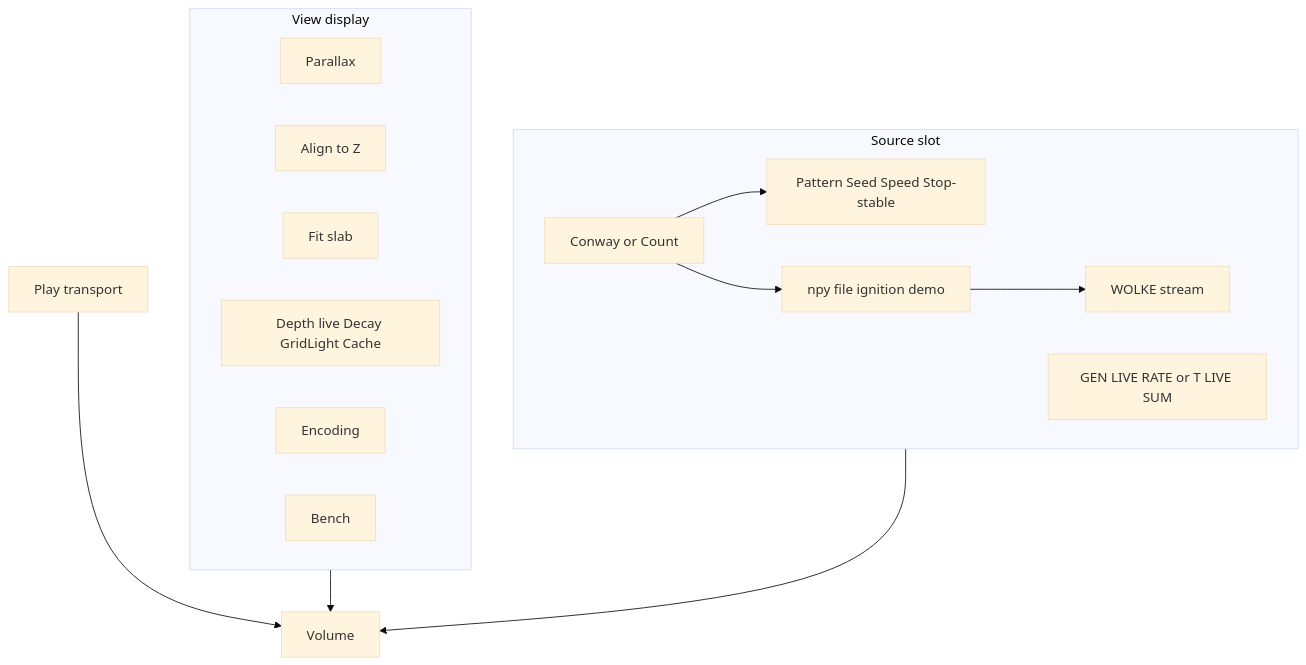
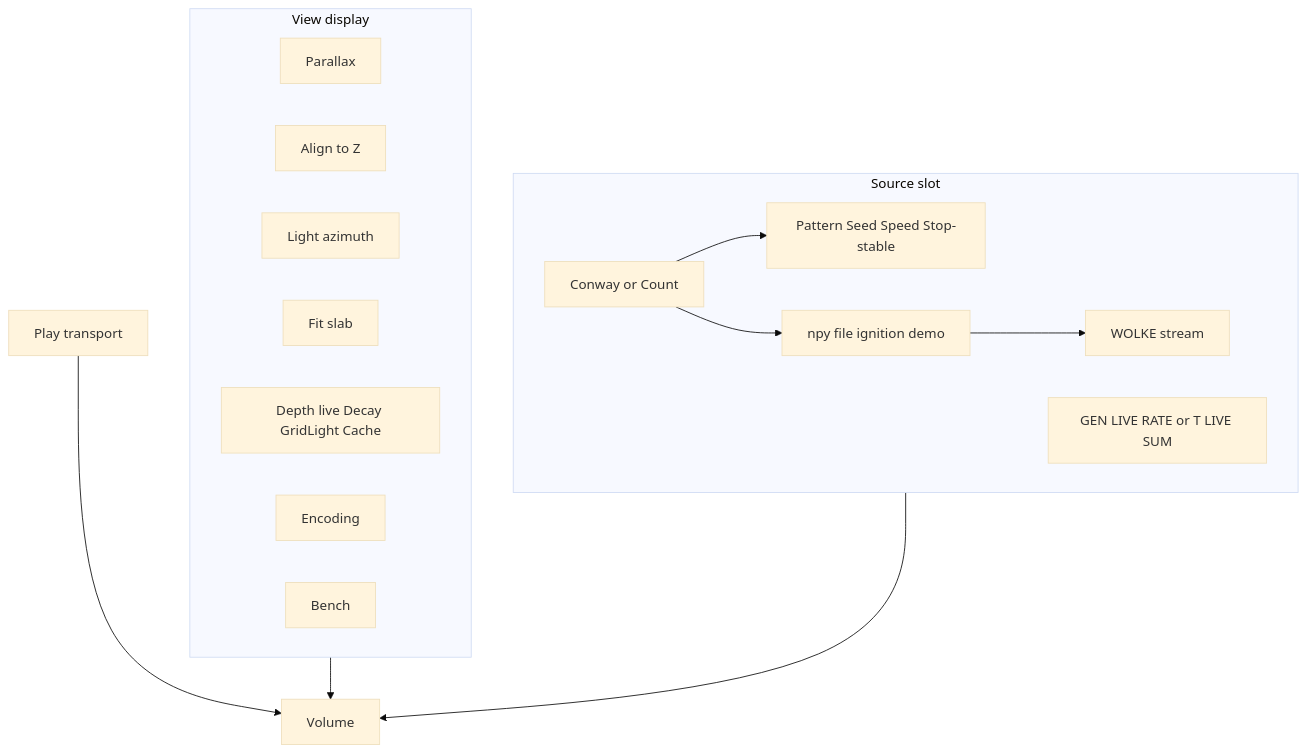
One commit to PiMaV/DONNER changed the fourth of 7 diagrams in docs/gui.md. Above: the diagram before and after it, drawn with Mermaid (base theme). The commit also changed other lines of this file and 15 other files, not shown here.

Commit message:
Let AR yaw the pillar on the table after place, and steer desktop shading with a light azimuth so orbit stays look-around.

````diff
--- a/docs/gui.md
+++ b/docs/gui.md
@@ -56,25 +79,26 @@
 ```mermaid
 flowchart TB
   subgraph view [View display]
     bird[Parallax]
     align[Align to Z]
+    light[Light azimuth]
     fit[Fit slab]
     win[Depth live Decay GridLight Cache]
     enc[Encoding]
     bench[Bench]
   end
   subgraph source [Source slot]
     kind[Conway or Count]
     gen[GEN LIVE RATE or T LIVE SUM]
     conway[Pattern Seed Speed Stop-stable]
     npy[npy file ignition demo]
     stream[WOLKE stream]
   end
   play[Play transport]
   view --> volume[Volume]
   play --> volume
   source --> volume
   kind --> conway
   kind --> npy
   npy --> stream
 ```
````
